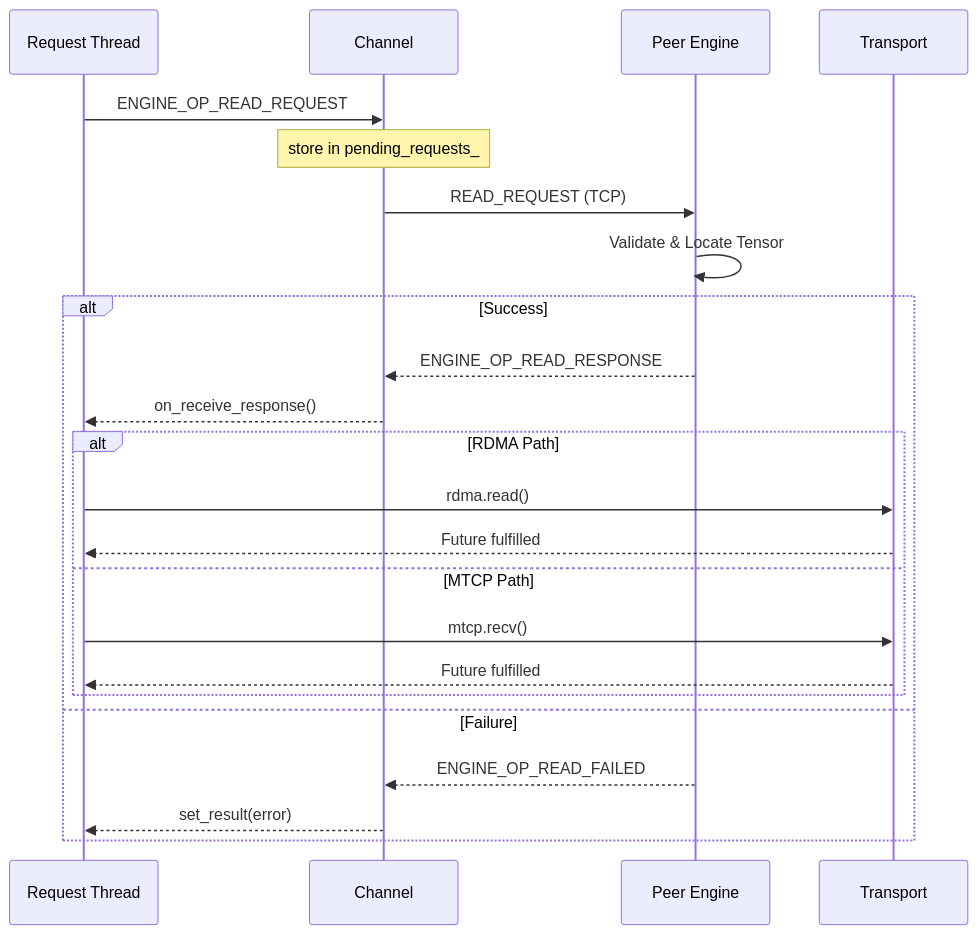
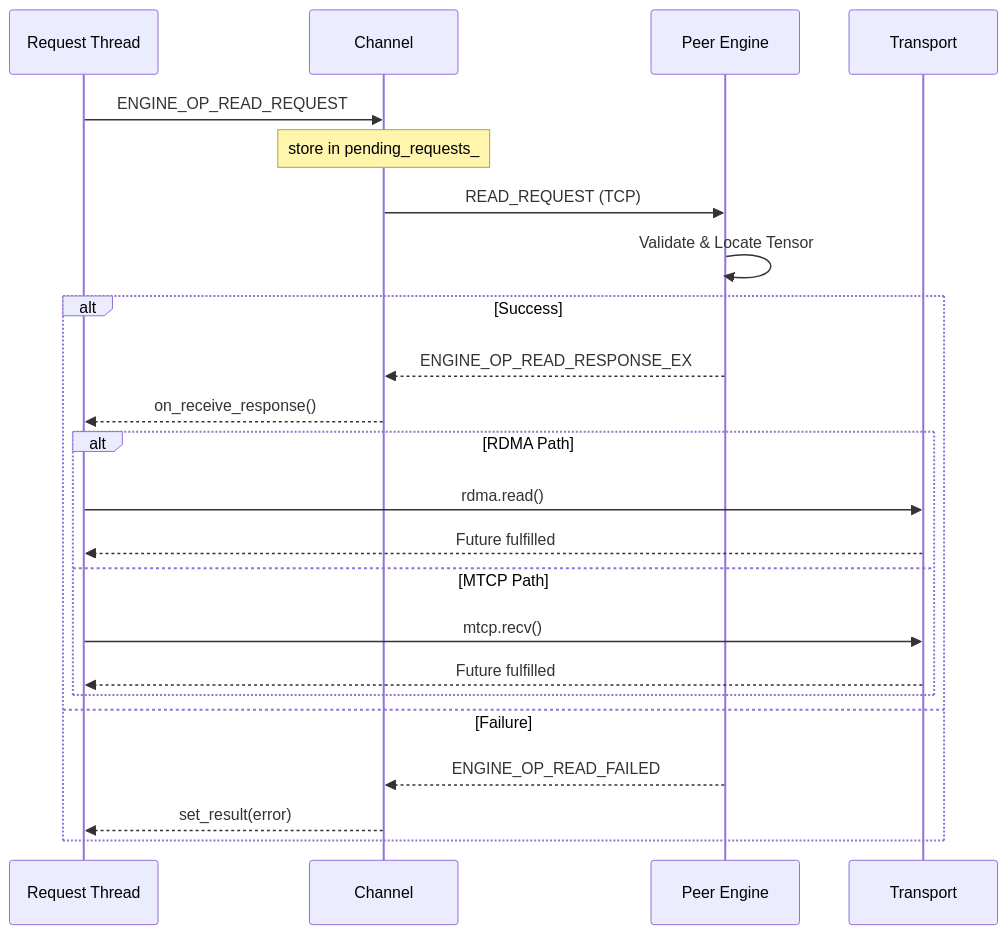
One commit to tensorcast-ai/tensorcast changed diagram 12 of 13 in web-docs/docs/developer-guides/core/communicator/README.md. Above: the diagram before and after it, drawn with Mermaid. The commit also changed other lines of this file and 32 other files, not shown here.

````diff
--- a/web-docs/docs/developer-guides/core/communicator/README.md
+++ b/web-docs/docs/developer-guides/core/communicator/README.md
@@ -567,26 +567,26 @@
 ```mermaid
 sequenceDiagram
     participant Client as Request Thread
     participant Channel
     participant Server as Peer Engine
     participant Transport
 
     Client->>Channel: ENGINE_OP_READ_REQUEST
     note over Channel: store in pending_requests_
     Channel->>Server: READ_REQUEST (TCP)
     Server->>Server: Validate & Locate Tensor
     alt Success
-        Server-->>Channel: ENGINE_OP_READ_RESPONSE
+        Server-->>Channel: ENGINE_OP_READ_RESPONSE_EX
         Channel-->>Client: on_receive_response()
         alt RDMA Path
             Client->>Transport: rdma.read()
             Transport-->>Client: Future fulfilled
         else MTCP Path
             Client->>Transport: mtcp.recv()
             Transport-->>Client: Future fulfilled
         end
     else Failure
         Server-->>Channel: ENGINE_OP_READ_FAILED
         Channel-->>Client: set_result(error)
     end
 ```
````
